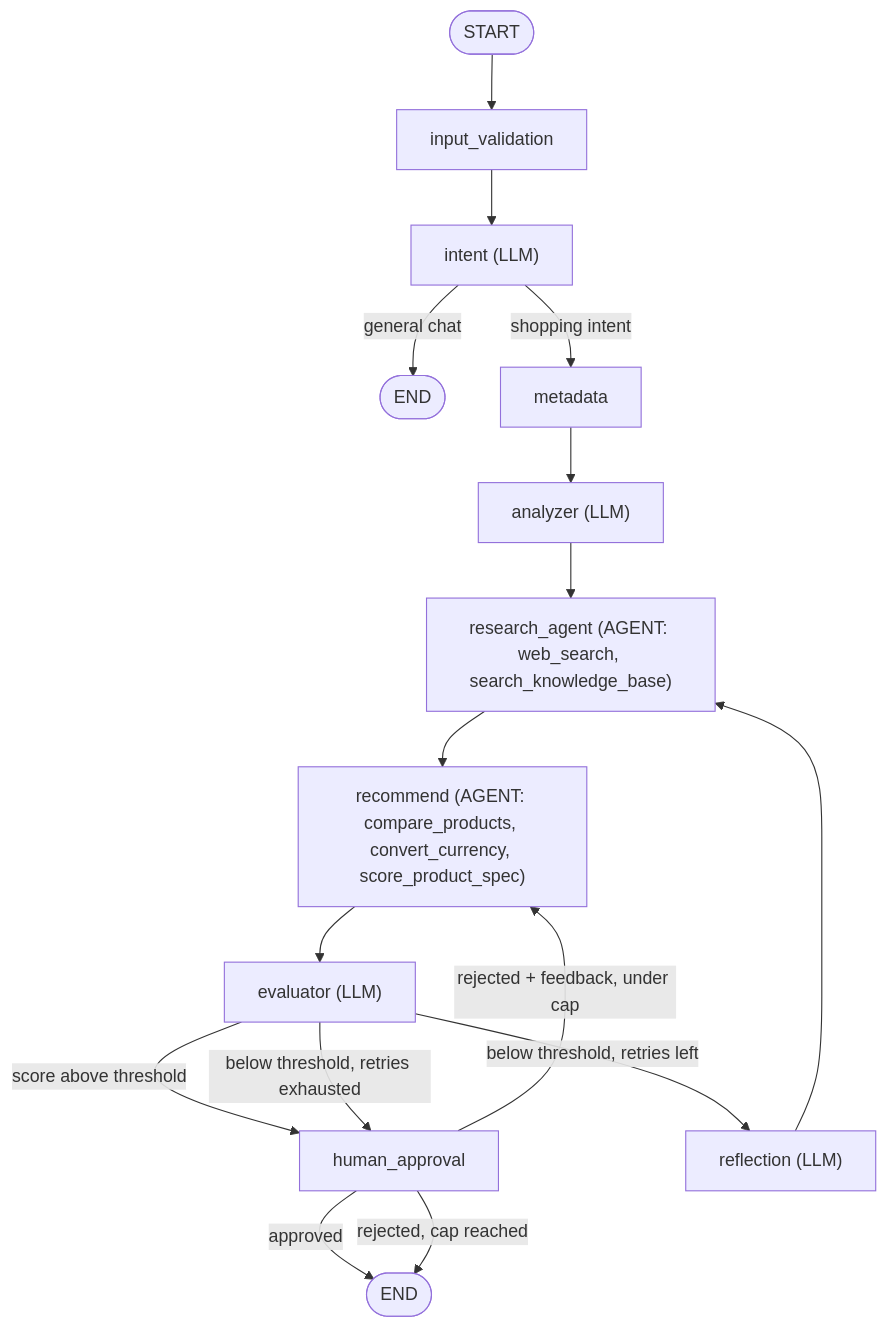
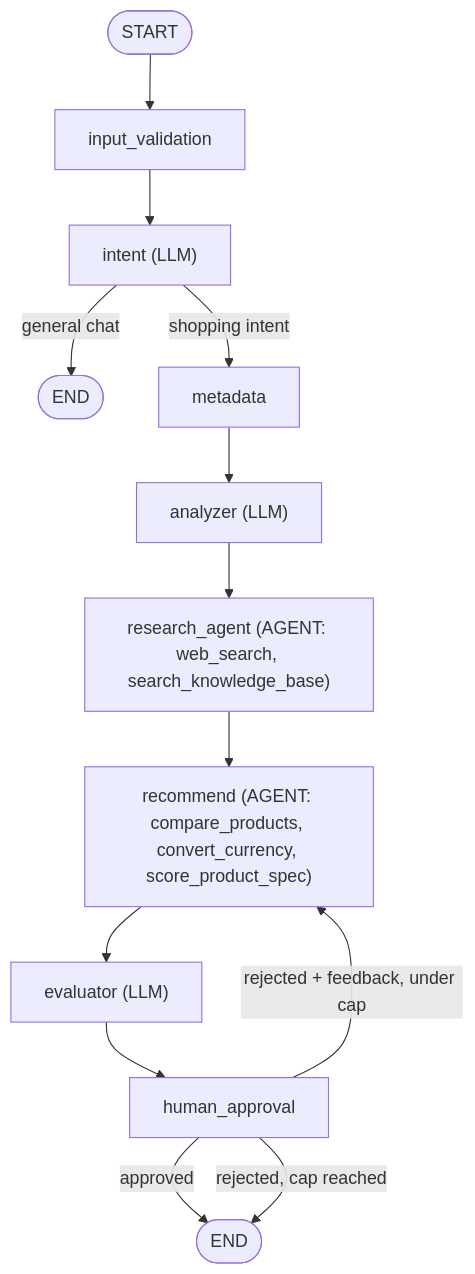
The diagram in README.md (DucwTran/ShoppingAssistantAgent), drawn with Mermaid before and after one commit. The commit also changed other lines of this file and 23 other files, not shown here.

````diff
--- a/README.md
+++ b/README.md
@@ -18,18 +18,15 @@
 ```mermaid
 flowchart TD
     START([START]) --> IV[input_validation]
     IV --> INT["intent (LLM)"]
     INT -->|general chat| END1([END])
     INT -->|shopping intent| MD[metadata]
     MD --> AN["analyzer (LLM)"]
     AN --> RA["research_agent (AGENT: web_search, search_knowledge_base)"]
     RA --> REC["recommend (AGENT: compare_products, convert_currency, score_product_spec)"]
     REC --> EV["evaluator (LLM)"]
-    EV -->|score above threshold| HA[human_approval]
-    EV -->|below threshold, retries left| REFL["reflection (LLM)"]
-    EV -->|below threshold, retries exhausted| HA
-    REFL --> RA
+    EV --> HA[human_approval]
     HA -->|approved| END2([END])
     HA -->|rejected + feedback, under cap| REC
     HA -->|rejected, cap reached| END2
 ```
````
